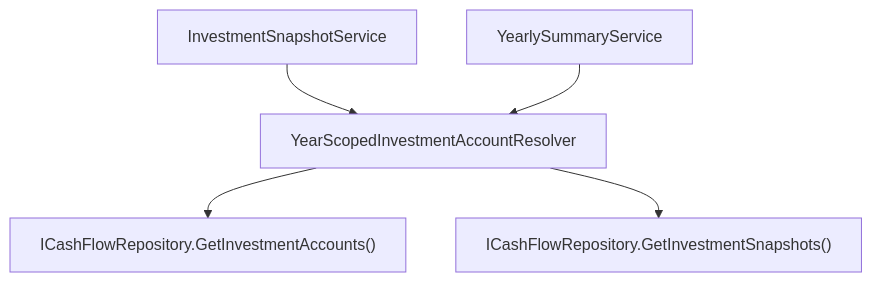
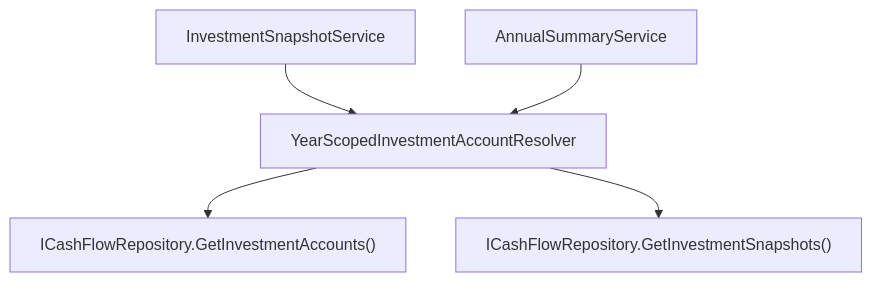
One commit to ggibellato/Financial changed the diagram in docs/P18-F04-year-scoped-investment-account-display/spec.md. Above: the diagram before and after it, drawn with Mermaid. The commit also changed other lines of this file and 67 other files, not shown here.

First line of the commit message:
refactor(cashflow): rename Yearly to Annual across code and docs (#270)

````diff
--- a/docs/P18-F04-year-scoped-investment-account-display/spec.md
+++ b/docs/P18-F04-year-scoped-investment-account-display/spec.md
@@ -18,7 +18,7 @@
 ```mermaid
 graph TD
     A["InvestmentSnapshotService"] --> C["YearScopedInvestmentAccountResolver"]
-    B["YearlySummaryService"] --> C
+    B["AnnualSummaryService"] --> C
     C --> D["ICashFlowRepository.GetInvestmentAccounts()"]
     C --> E["ICashFlowRepository.GetInvestmentSnapshots()"]
 ```
````
